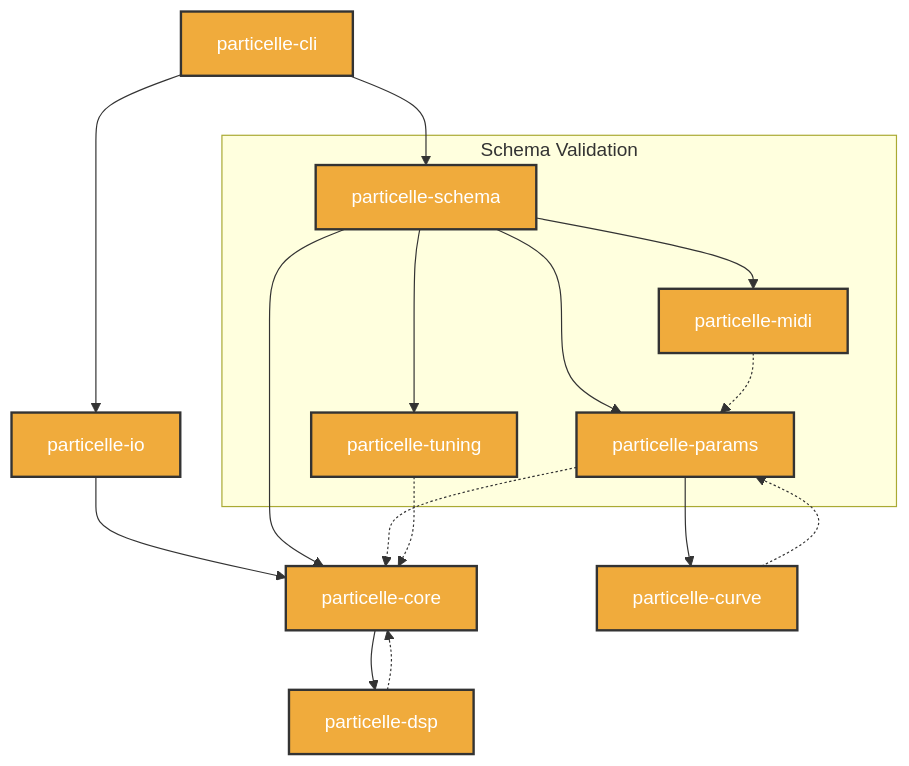
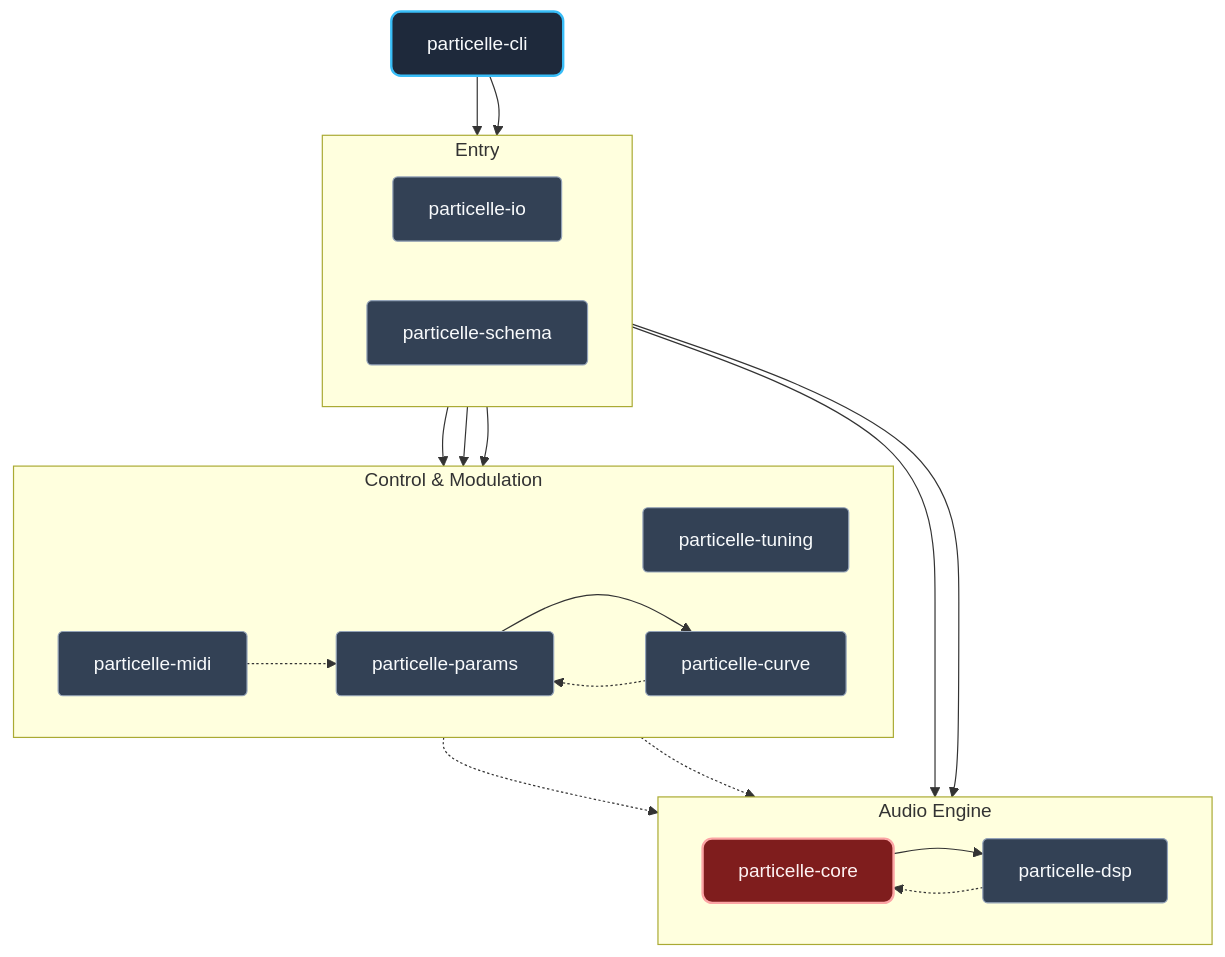
The first of 3 diagrams in README.md (TheColby/Particelle), drawn with Mermaid before and after one commit. The commit also changed other lines of this file, not shown here.

Commit message:
docs: align mermaid diagrams and curate accurate bibliography

````diff
--- a/README.md
+++ b/README.md
@@ -544,26 +544,50 @@
 ```mermaid
 graph TD
-    classDef Crate fill:#f0ab3c,stroke:#333,stroke-width:2px,color:#fff;
-    classDef Module fill:#f2f2f2,stroke:#333,stroke-width:1px,color:#000;
-    
-    A[particelle-cli]:::Crate --> B[particelle-io]:::Crate
-    A --> C[particelle-schema]:::Crate
-    B --> D[particelle-core]:::Crate
-    C --> D
-    
-    subgraph particelle-schema [Schema Validation]
-        C --> E[particelle-params]:::Crate
-        C --> F[particelle-tuning]:::Crate
-        C --> G[particelle-midi]:::Crate
+    classDef cli fill:#1e293b,stroke:#38bdf8,stroke-width:2px,color:#f8fafc,rx:8,ry:8
+    classDef core fill:#7f1d1d,stroke:#fca5a5,stroke-width:2px,color:#fef2f2,rx:8,ry:8
+    classDef sys fill:#334155,stroke:#94a3b8,stroke-width:1px,color:#f8fafc,rx:4,ry:4
+
+    CLI[particelle-cli]:::cli
+
+    subgraph Entry
+        direction LR
+        IO[particelle-io]:::sys
+        SCHEMA[particelle-schema]:::sys
     end
-    
-    E --> H[particelle-curve]:::Crate
-    D --> I[particelle-dsp]:::Crate
-    
-    %% Connections mapping
-    E -.-> D
-    F -.-> D
-    G -.-> E
-    H -.-> E
-    I -.-> D
+
+    subgraph Control & Modulation
+        direction LR
+        TUNING[particelle-tuning]:::sys
+        MIDI[particelle-midi]:::sys
+        PARAMS[particelle-params]:::sys
+        CURVE[particelle-curve]:::sys
+    end
+
+    subgraph Audio Engine
+        direction LR
+        CORE[particelle-core]:::core
+        DSP[particelle-dsp]:::sys
+    end
+
+    %% CLI entry point
+    CLI --> IO
+    CLI --> SCHEMA
+
+    %% Config parses into control structures
+    SCHEMA --> TUNING
+    SCHEMA --> MIDI
+    SCHEMA --> PARAMS
+    PARAMS --> CURVE
+
+    %% Engine execution
+    IO --> CORE
+    SCHEMA --> CORE
+    CORE --> DSP
+
+    %% Runtime dependency data flow
+    TUNING -.-> CORE
+    PARAMS -.-> CORE
+    MIDI -.-> PARAMS
+    CURVE -.-> PARAMS
+    DSP -.-> CORE
 ```
````
